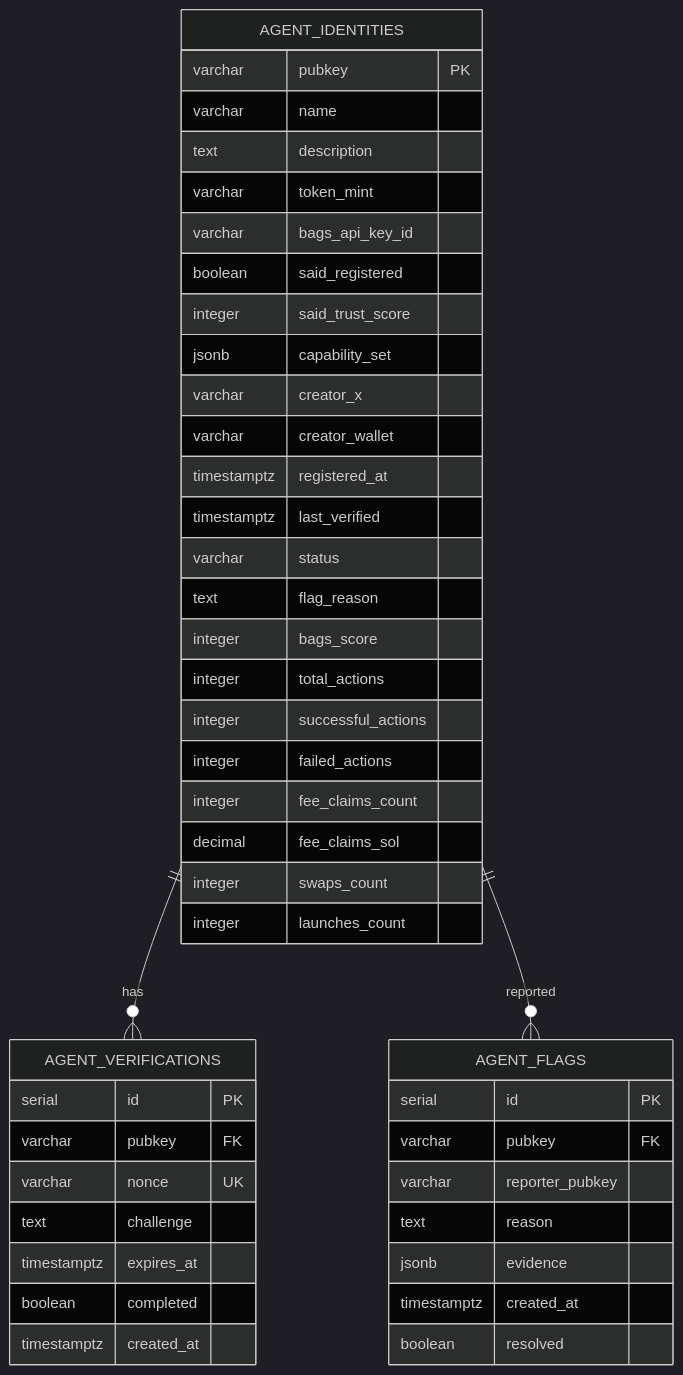
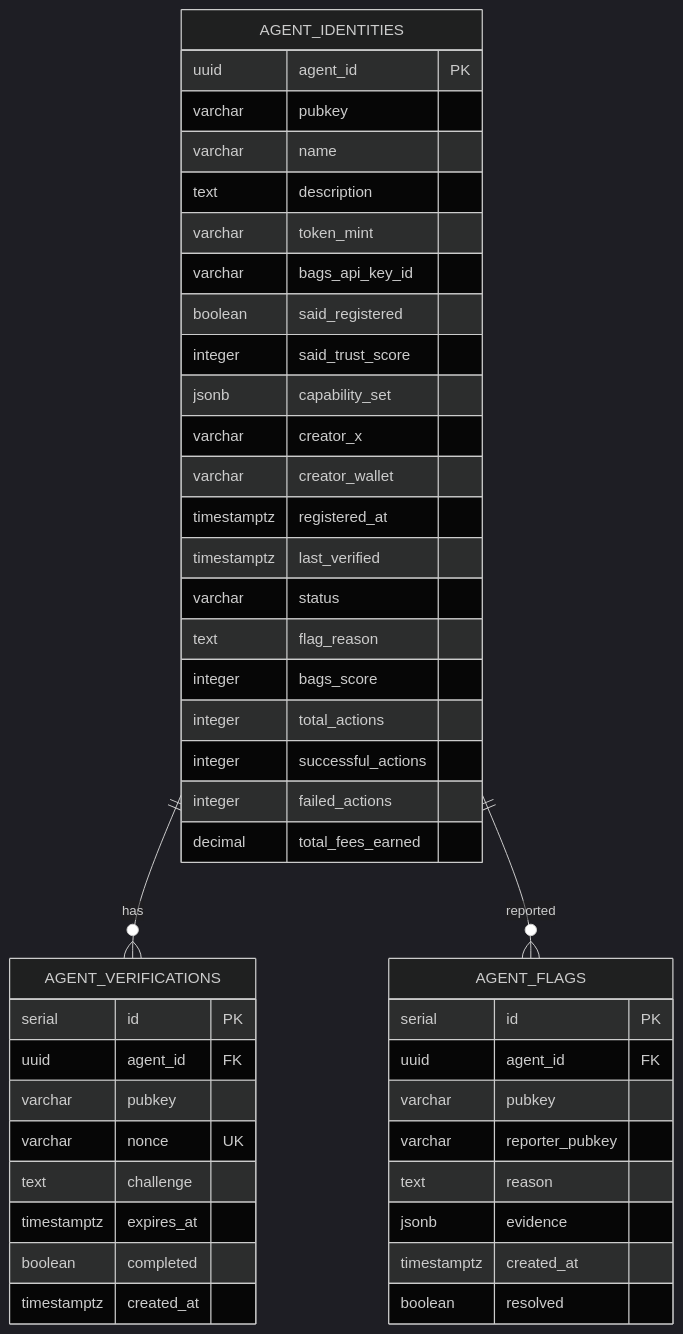
Diagram 11 of 11 in .qoder/repowiki/en/content/Service Layer/Identity Services.md (RunTimeAdmin/AgentID), drawn with Mermaid (dark theme) before and after one commit. The commit also changed other lines of this file and 31 other files, not shown here.

````diff
--- a/.qoder/repowiki/en/content/Service Layer/Identity Services.md
+++ b/.qoder/repowiki/en/content/Service Layer/Identity Services.md
@@ -467,47 +527,47 @@
 ```mermaid
 erDiagram
 AGENT_IDENTITIES {
-varchar pubkey PK
+uuid agent_id PK
+varchar pubkey
 varchar name
 text description
 varchar token_mint
 varchar bags_api_key_id
 boolean said_registered
 integer said_trust_score
 jsonb capability_set
 varchar creator_x
 varchar creator_wallet
 timestamptz registered_at
 timestamptz last_verified
 varchar status
 text flag_reason
 integer bags_score
 integer total_actions
 integer successful_actions
 integer failed_actions
-integer fee_claims_count
-decimal fee_claims_sol
-integer swaps_count
-integer launches_count
+decimal total_fees_earned
 }
 AGENT_VERIFICATIONS {
 serial id PK
-varchar pubkey FK
+uuid agent_id FK
+varchar pubkey
 varchar nonce UK
 text challenge
 timestamptz expires_at
 boolean completed
 timestamptz created_at
 }
 AGENT_FLAGS {
 serial id PK
-varchar pubkey FK
+uuid agent_id FK
+varchar pubkey
 varchar reporter_pubkey
 text reason
 jsonb evidence
 timestamptz created_at
 boolean resolved
 }
 AGENT_IDENTITIES ||--o{ AGENT_VERIFICATIONS : "has"
 AGENT_IDENTITIES ||--o{ AGENT_FLAGS : "reported"
 ```
````
